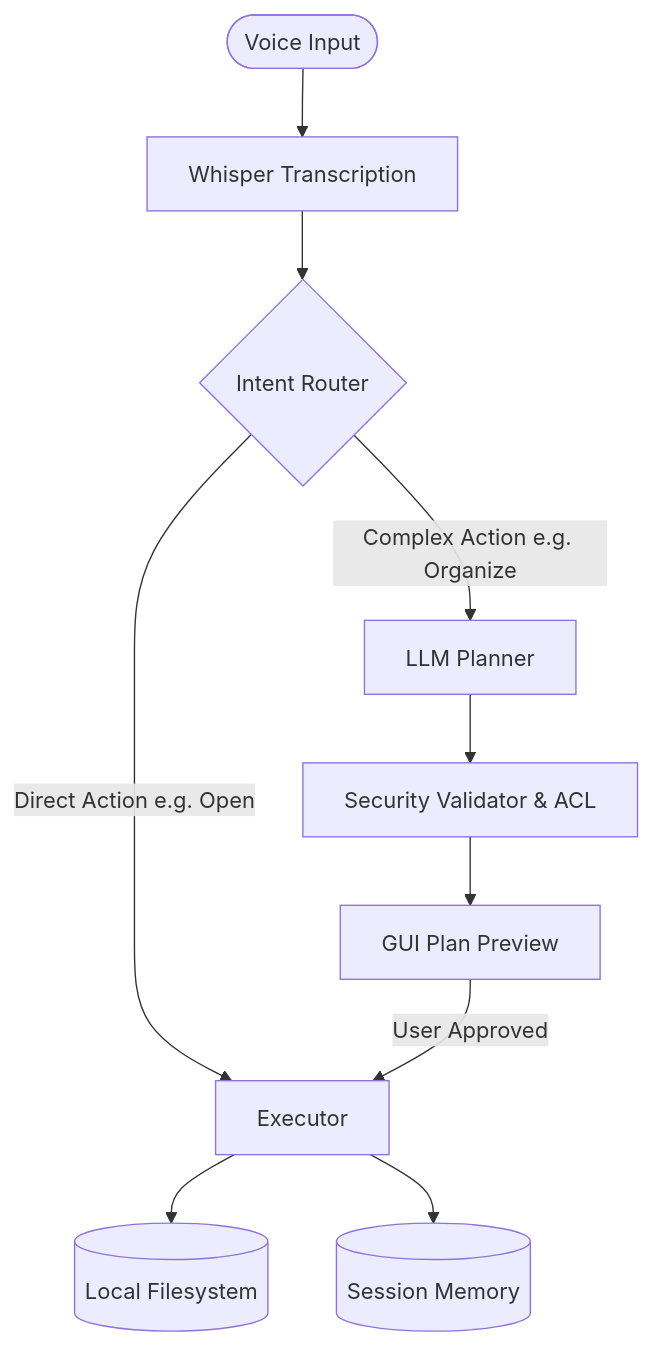
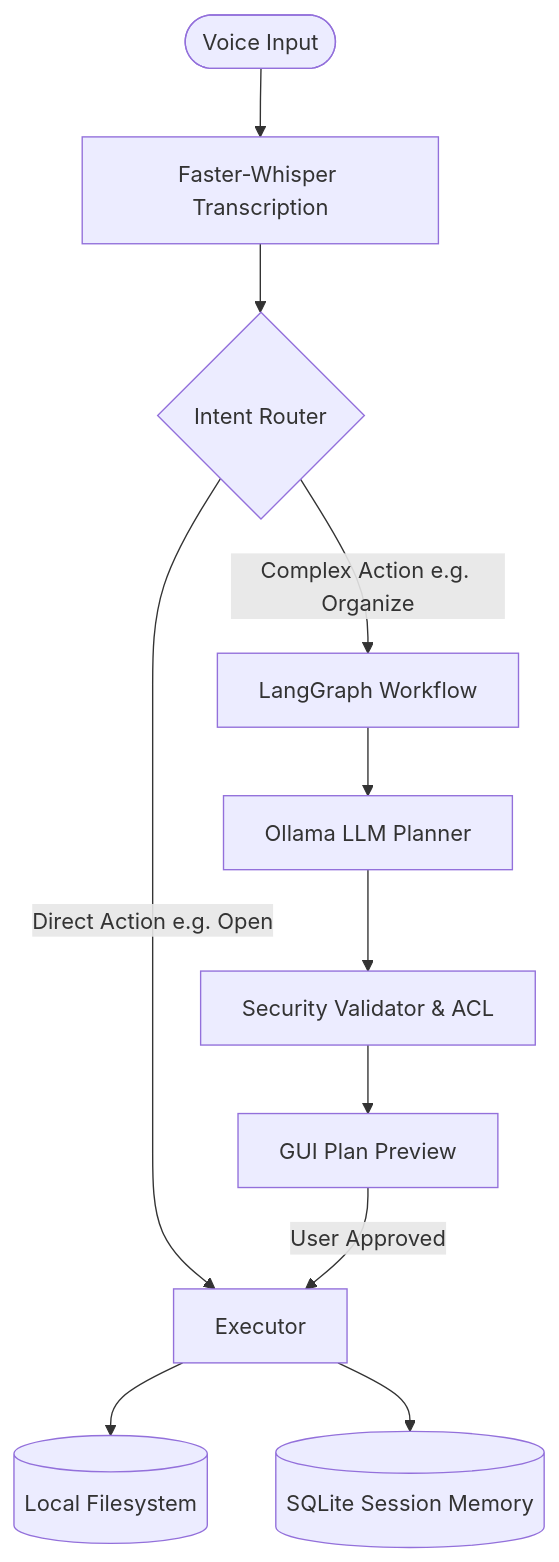
Before and after one commit to sagar-24bytes/Saarthi-ai: the diagram in README.md, drawn with Mermaid. The commit also changed other lines of this file, not shown here.

````diff
--- a/README.md
+++ b/README.md
@@ -45,12 +46,13 @@
 ```mermaid
 graph TD
-    User([Voice Input]) --> Whisper[Whisper Transcription]
+    User([Voice Input]) --> Whisper[Faster-Whisper Transcription]
     Whisper --> Intent{Intent Router}
     Intent -->|Direct Action e.g. Open| Exec[Executor]
-    Intent -->|Complex Action e.g. Organize| Planner[LLM Planner]
+    Intent -->|Complex Action e.g. Organize| LangGraph[LangGraph Workflow]
+    LangGraph --> Planner[Ollama LLM Planner]
     Planner --> Validator[Security Validator & ACL]
     Validator --> GUI[GUI Plan Preview]
     GUI -->|User Approved| Exec
     Exec --> Filesystem[(Local Filesystem)]
-    Exec --> Context[(Session Memory)]
+    Exec --> Context[(SQLite Session Memory)]
 ```
````
